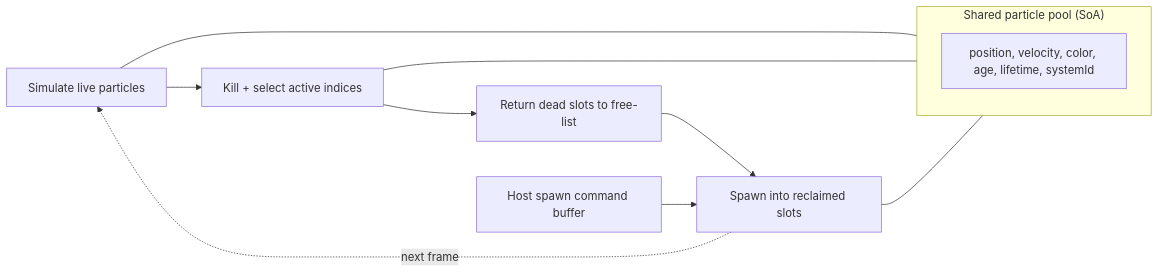
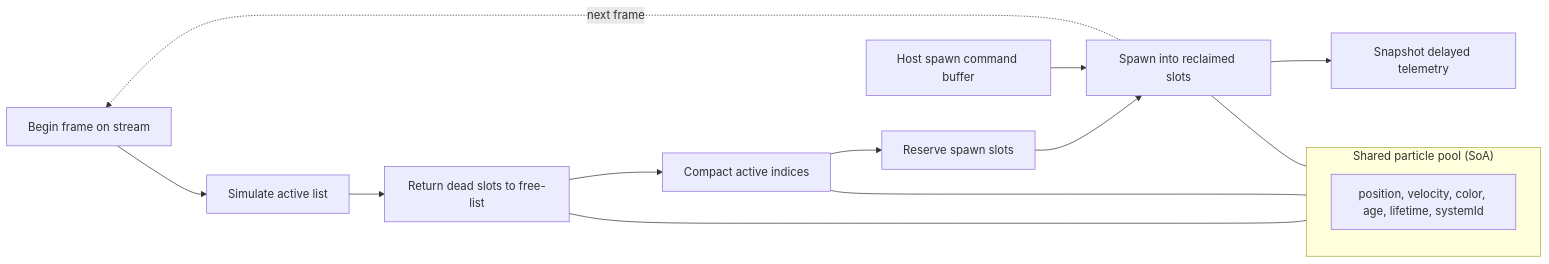
The diagram in docs/GPU_SIMULATION_ARCHITECTURE.md (HyperVexen/VParticles), drawn with Mermaid before and after one commit. The commit also changed other lines of this file and 8 other files, not shown here.

````diff
--- a/docs/GPU_SIMULATION_ARCHITECTURE.md
+++ b/docs/GPU_SIMULATION_ARCHITECTURE.md
@@ -23,16 +23,19 @@
 ```mermaid
 flowchart LR
-    A["Simulate live particles"] --> B["Kill + select active indices"]
+    A["Begin frame on stream"] --> B["Simulate active list"]
     B --> C["Return dead slots to free-list"]
-    C --> D["Spawn into reclaimed slots"]
-    D -. "next frame" .-> A
-    E["Host spawn command buffer"] --> D
+    C --> D["Compact active indices"]
+    D --> E["Reserve spawn slots"]
+    E --> F["Spawn into reclaimed slots"]
+    F --> G["Snapshot delayed telemetry"]
+    F -. "next frame" .-> A
+    H["Host spawn command buffer"] --> F
 
     subgraph P["Shared particle pool (SoA)"]
         S["position, velocity, color, age, lifetime, systemId"]
     end
 
-    A --- P
-    B --- P
+    C --- P
     D --- P
+    F --- P
 ```
````
